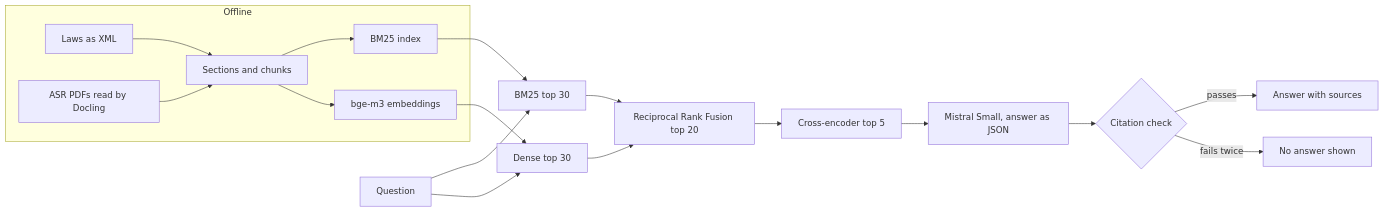
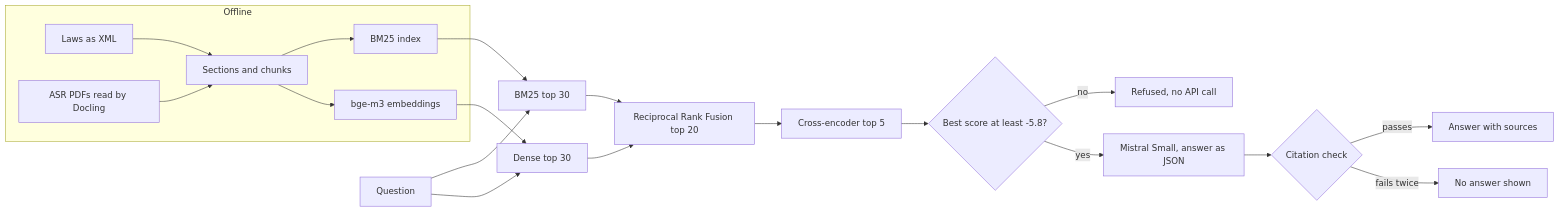
One commit to fAmesteR/sicherheitslotse changed the diagram in README.md. Above: the diagram before and after it, drawn with Mermaid. The commit also changed other lines of this file and 8 other files, not shown here.

````diff
--- a/README.md
+++ b/README.md
@@ -87,20 +95,22 @@
 ```mermaid
 flowchart LR
     subgraph Offline
         A[Laws as XML] --> C[Sections and chunks]
         B[ASR PDFs read by Docling] --> C
         C --> D[BM25 index]
         C --> E[bge-m3 embeddings]
     end
     Q[Question] --> F[BM25 top 30]
     Q --> G[Dense top 30]
     D --> F
     E --> G
     F --> H[Reciprocal Rank Fusion top 20]
     G --> H
     H --> I[Cross-encoder top 5]
-    I --> J[Mistral Small, answer as JSON]
+    I --> T{Best score at least -5.8?}
+    T -- no --> R[Refused, no API call]
+    T -- yes --> J[Mistral Small, answer as JSON]
     J --> K{Citation check}
     K -- passes --> L[Answer with sources]
     K -- fails twice --> M[No answer shown]
 ```
````
